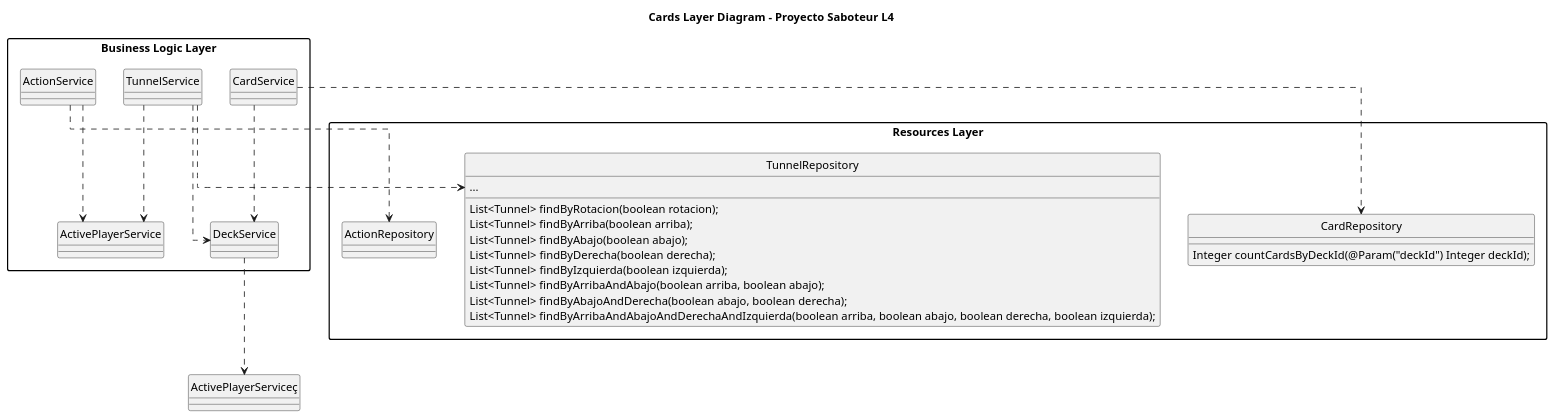
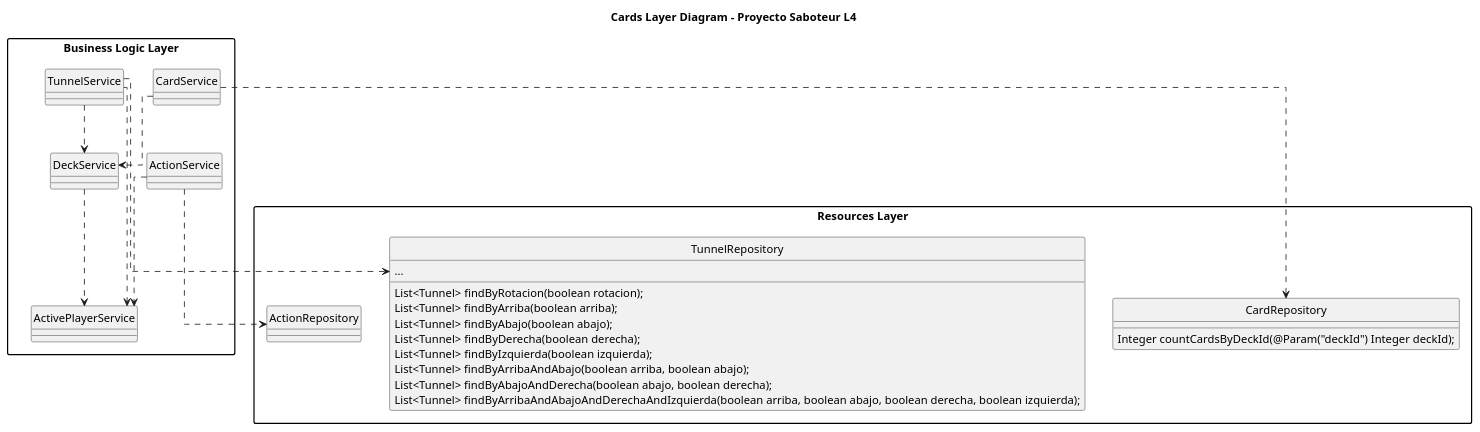
One commit to gii-is-DP1/dp1-2025-2026-l4-4-25-public changed the diagram in docs/diagrams/CardLayerUMLPackageDiagram.iuml. Above: the diagram before and after it, drawn with PlantUML. The commit also changed 4 other files, not shown here.

```diff
--- a/docs/diagrams/CardLayerUMLPackageDiagram.iuml
+++ b/docs/diagrams/CardLayerUMLPackageDiagram.iuml
@@ -1,47 +1,47 @@
 @startuml
 
 hide circle
 
 title Cards Layer Diagram - Proyecto Saboteur L4
 skinparam packageStyle rectangle
 skinparam linetype ortho
 skinparam shadowing false
 
 
 package "Business Logic Layer" {
  class ActivePlayerService
 class TunnelService
 class CardService
 class ActionService
 class DeckService
 
 }
 
 package "Resources Layer" {
 class CardRepository  {
 Integer countCardsByDeckId(@Param("deckId") Integer deckId);
     }
 class ActionRepository {
 }
 class TunnelRepository {
     List<Tunnel> findByRotacion(boolean rotacion);
     List<Tunnel> findByArriba(boolean arriba);
     List<Tunnel> findByAbajo(boolean abajo);
     List<Tunnel> findByDerecha(boolean derecha);
     List<Tunnel> findByIzquierda(boolean izquierda);
     List<Tunnel> findByArribaAndAbajo(boolean arriba, boolean abajo);
     List<Tunnel> findByAbajoAndDerecha(boolean abajo, boolean derecha);
     List<Tunnel> findByArribaAndAbajoAndDerechaAndIzquierda(boolean arriba, boolean abajo, boolean derecha, boolean izquierda);
 ...
 }
 }
 
 TunnelService ..> ActivePlayerService
 TunnelService ..> DeckService
 CardService ..> DeckService
 TunnelService ..> TunnelRepository
 CardService ..> CardRepository
 ActionService ..> ActionRepository
 ActionService ..> ActivePlayerService
-DeckService ..> ActivePlayerServiceç
+DeckService ..> ActivePlayerService
 @enduml 
```
